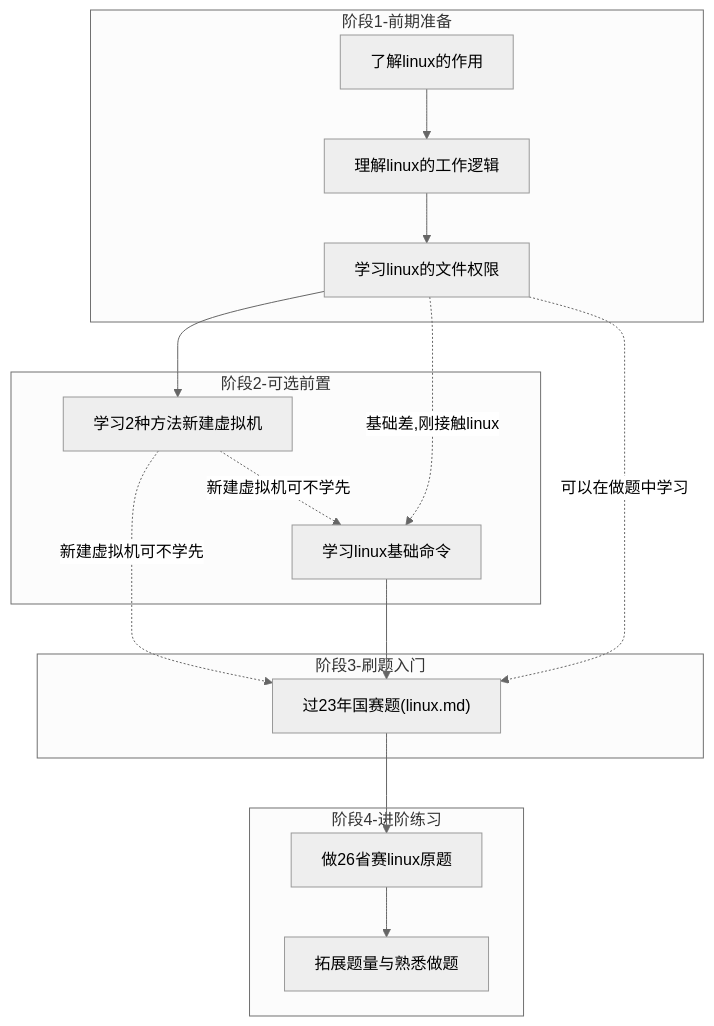
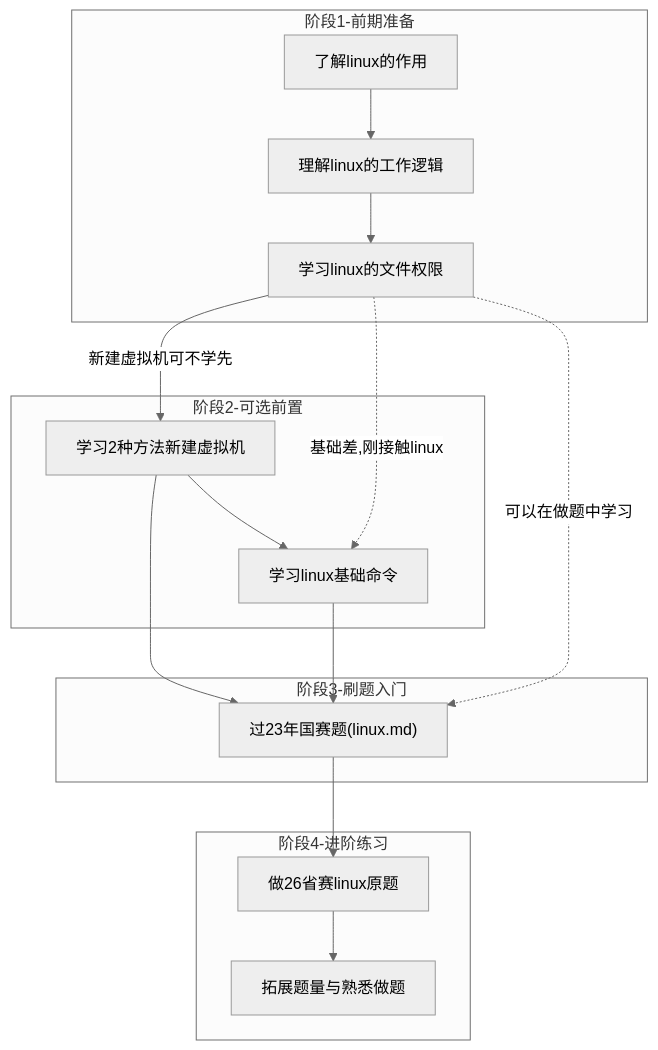
One commit to ICrazybabyI/note changed the diagram in linux_note/README_linux.md. Above: the diagram before and after it, drawn with Mermaid (neutral theme).

Commit message:
vault backup: 2026-04-28 09:45:22

````diff
--- a/linux_note/README_linux.md
+++ b/linux_note/README_linux.md
@@ -2,24 +2,24 @@
 ```mermaid
 graph TB
     subgraph 阶段1-前期准备
         A["了解linux的作用"] --> B["理解linux的工作逻辑"]
         B --> C["学习linux的文件权限"]
     end
 
     subgraph 阶段2-可选前置
-        C --> D["学习2种方法新建虚拟机"]
+        C -->|新建虚拟机可不学先| D["学习2种方法新建虚拟机"] 
         C -.->|基础差,刚接触linux| E["学习linux基础命令"]
     end
 
     subgraph 阶段3-刷题入门
         E --> F["过23年国赛题(linux.md)"]
         C -.->|可以在做题中学习| F
-        D -.->|新建虚拟机可不学先| F
-        D -.->|新建虚拟机可不学先| E
+        D --> F
+        D --> E
     end
 
     subgraph 阶段4-进阶练习
         F --> G["做26省赛linux原题"]
         G --> H["拓展题量与熟悉做题"]
     end
 ```
````
